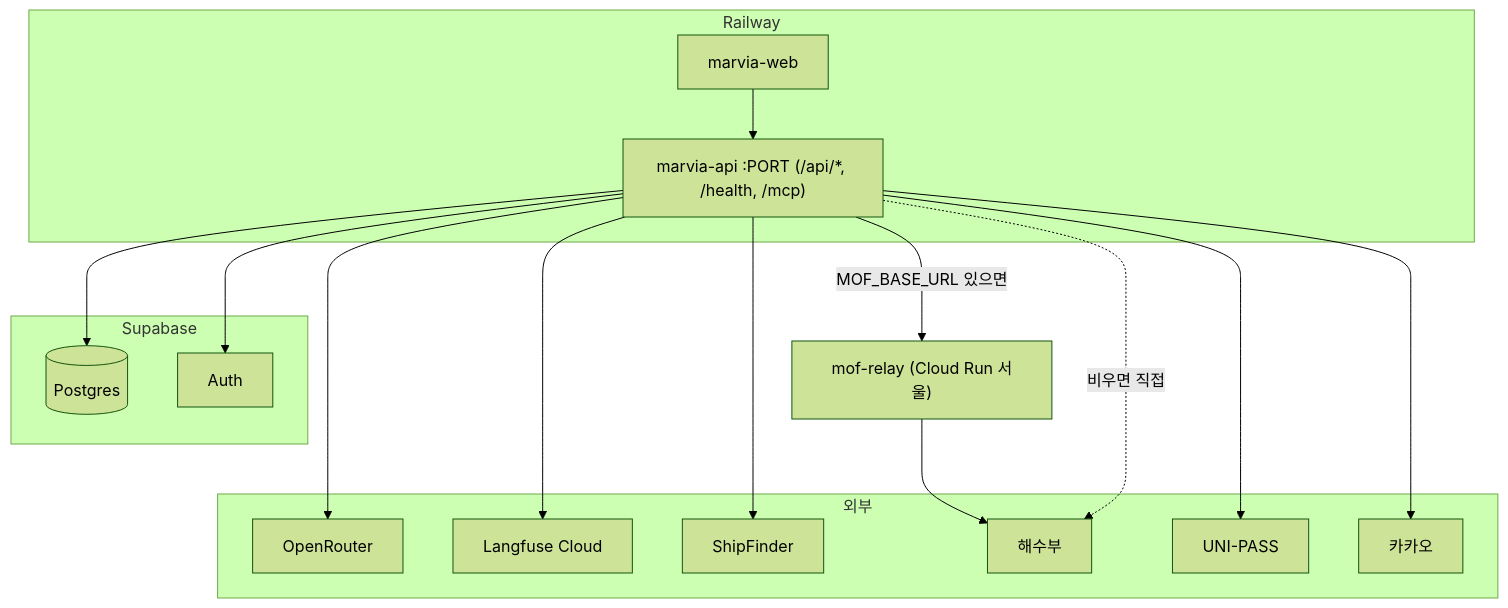
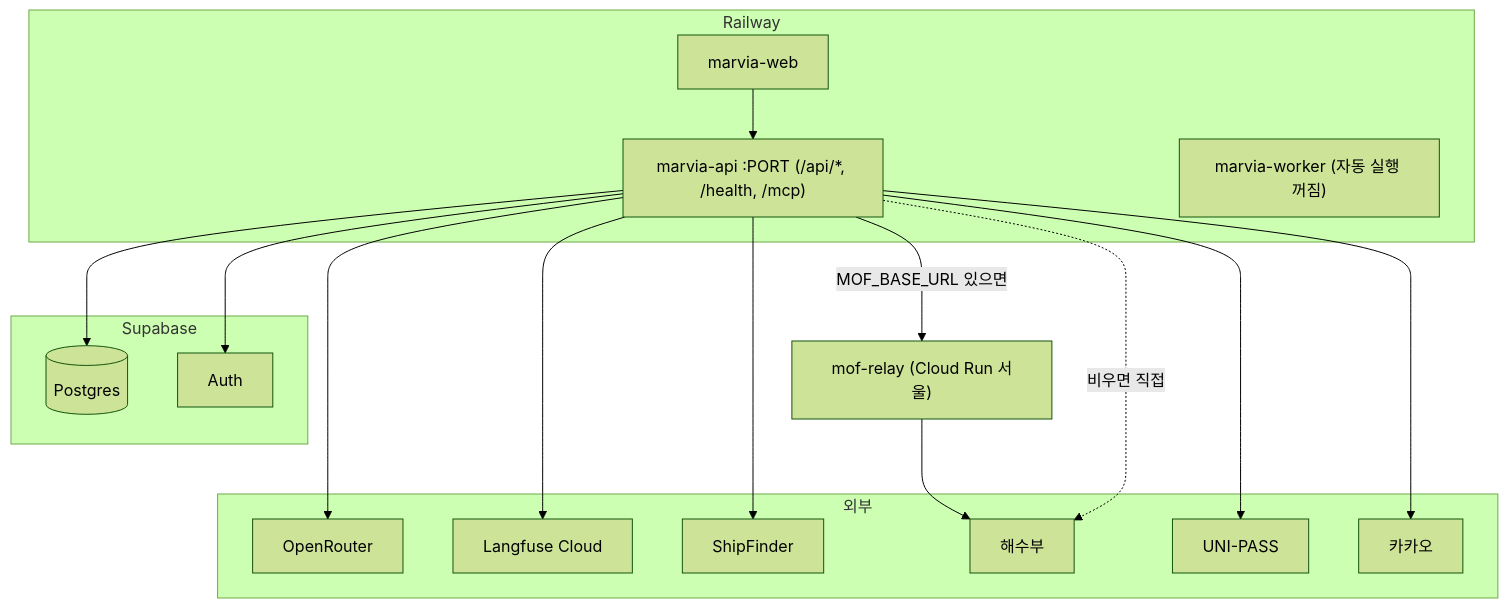
One commit to HJU5022/Marvia changed the second of 3 diagrams in docs/Marvia_SDD.md. Above: the diagram before and after it, drawn with Mermaid (forest theme). The commit also changed other lines of this file and 5 other files, not shown here.

First line of the commit message:
docs: PRD·SDD·작업 리스트·ERD·prompt_versions를 지금 코드 기준으로 다시 씀

````diff
--- a/docs/Marvia_SDD.md
+++ b/docs/Marvia_SDD.md
@@ -220,30 +125,31 @@
 ```mermaid
 flowchart TB
   subgraph rw["Railway"]
     W["marvia-web"]
     A["marvia-api :PORT (/api/*, /health, /mcp)"]
+    WK["marvia-worker (자동 실행 꺼짐)"]
   end
   subgraph sb["Supabase"]
     DB[("Postgres")]
     AU["Auth"]
   end
   subgraph ext["외부"]
     OR["OpenRouter"]
     LF["Langfuse Cloud"]
     SF["ShipFinder"]
     MOF["해수부"]
     UP["UNI-PASS"]
     KK["카카오"]
   end
   W --> A
   A --> UP
   A --> OR
   A --> LF
   A --> SF
   A -->|"MOF_BASE_URL 있으면"| R["mof-relay (Cloud Run 서울)"]
   R --> MOF
   A -.->|"비우면 직접"| MOF
   A --> KK
   A --> DB
   A --> AU
 ```
````
